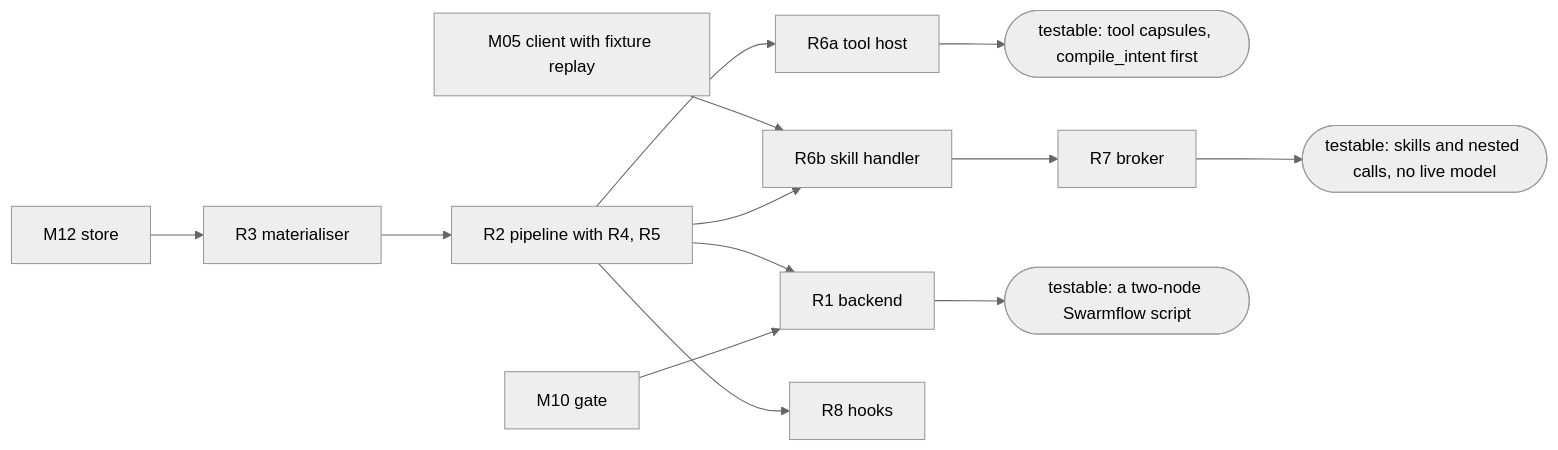
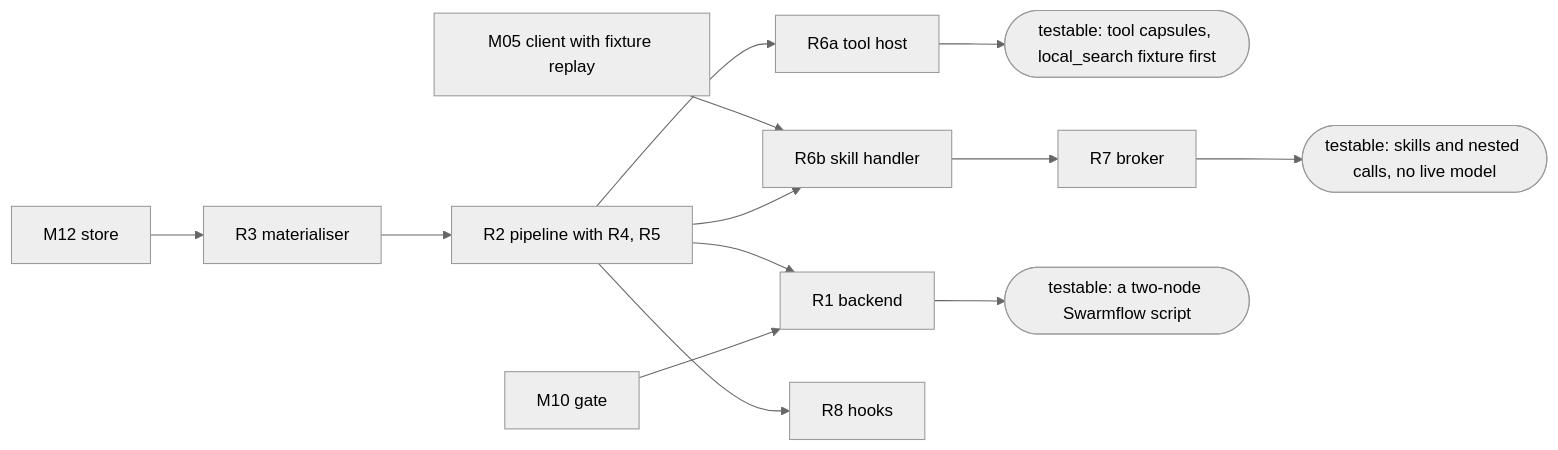
One commit to Stellven/jiuwenswarm changed the fifth of 5 diagrams in docs/architecture/capsule/runner.md. Above: the diagram before and after it, drawn with Mermaid (neutral theme). The commit also changed other lines of this file and 192 other files, not shown here.

Commit message:
docs: freeze M1 sources and complete Docker architecture handoff

````diff
--- a/docs/architecture/capsule/runner.md
+++ b/docs/architecture/capsule/runner.md
@@ -685,13 +687,13 @@
 ```mermaid
 flowchart LR
     S["M12 store"] --> R3["R3 materialiser"] --> R2["R2 pipeline with R4, R5"]
     R2 --> R6a["R6a tool host"]
-    R6a --> T1(["testable: tool capsules, compile_intent first"])
+    R6a --> T1(["testable: tool capsules, local_search fixture first"])
     M05["M05 client with fixture replay"] --> R6b["R6b skill handler"]
     R2 --> R6b --> R7["R7 broker"]
     R7 --> T2(["testable: skills and nested calls, no live model"])
     R2 --> R1["R1 backend"]
     G["M10 gate"] --> R1
     R1 --> T3(["testable: a two-node Swarmflow script"])
     R2 --> R8["R8 hooks"]
 ```
````
